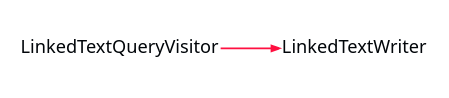
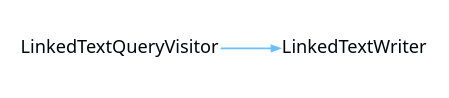
The diagram in Current/images/internal-diagram-11.dot (CharlesCarley/MdDox), drawn with Graphviz before and after one commit. The commit also changed 124 other files, not shown here.

```diff
--- a/Current/images/internal-diagram-11.dot
+++ b/Current/images/internal-diagram-11.dot
@@ -1,26 +1,26 @@
 digraph {
  rankdir = "LR"
  bgcolor = none;
  layout  = dot;
  edge [
    arrowsize = "0.5"
-   color     = "#FF1040FF"
+   color     = "#69BFFFFF"
  ]
- dHURrGf[
+ ddQcf2Z[
    shape    = none
    label    = "LinkedTextQueryVisitor"
    margin   = "0.01"
    fontname = "Segoe UI"
    fontsize = "11"
    fontcolor= "#010509FF"
  ]
- dCyRrGf[
+ W3Qcf2Z[
    shape    = none
    label    = "LinkedTextWriter"
    margin   = "0.01"
    fontname = "Segoe UI"
    fontsize = "11"
    fontcolor= "#010509FF"
  ]
- dHURrGf->dCyRrGf
+ ddQcf2Z->W3Qcf2Z
 }
```
